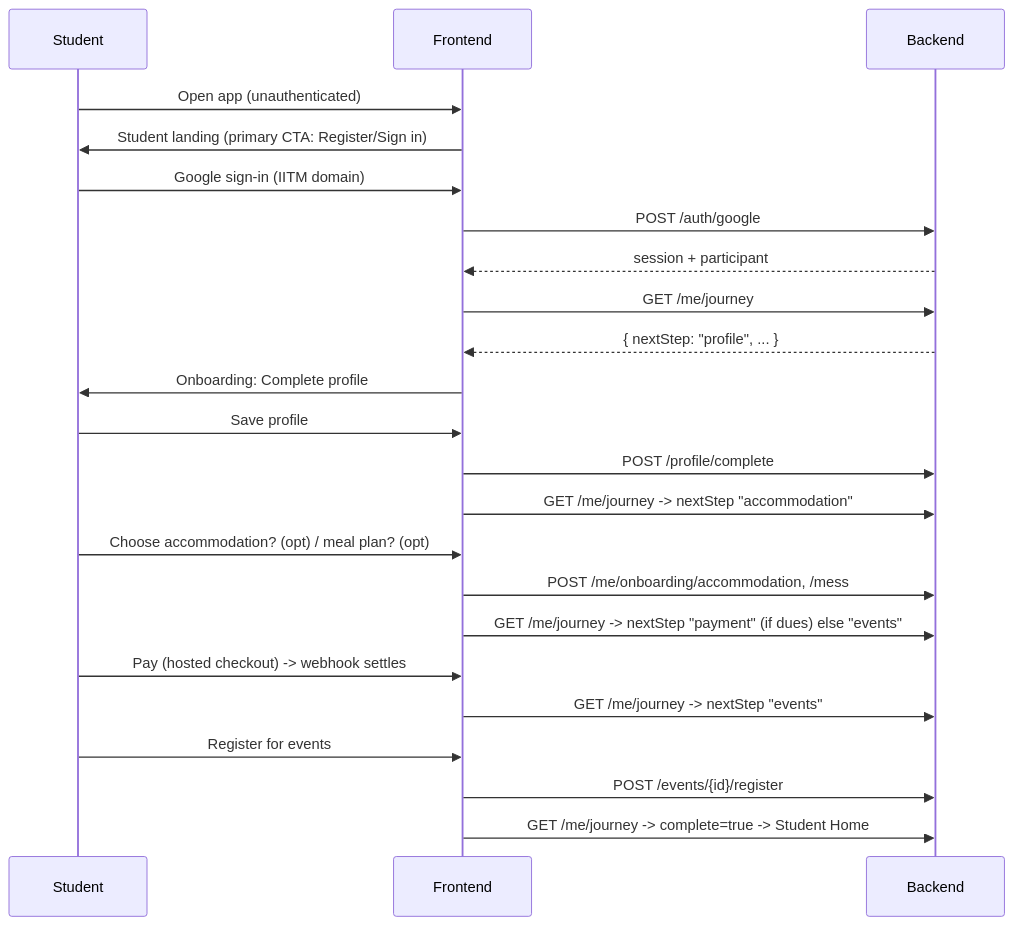
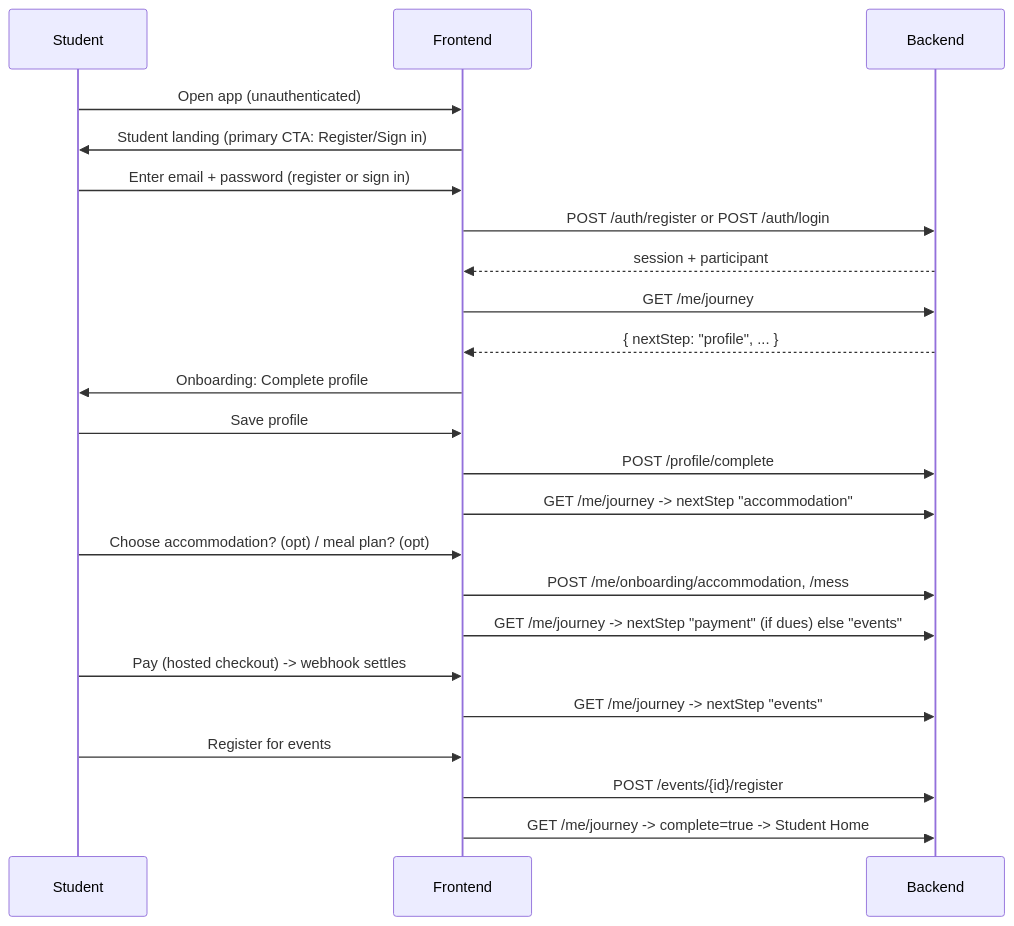
Before and after one commit to frostysparkle/MAY2026-Team-079: the first of 2 diagrams in .kiro/specs/student-experience-redesign/design.md, drawn with Mermaid. The commit also changed other lines of this file and 23 other files, not shown here.

````diff
--- a/.kiro/specs/student-experience-redesign/design.md
+++ b/.kiro/specs/student-experience-redesign/design.md
@@ -68,25 +68,25 @@
 ```mermaid
 sequenceDiagram
   participant S as Student
   participant FE as Frontend
   participant BE as Backend
   S->>FE: Open app (unauthenticated)
   FE->>S: Student landing (primary CTA: Register/Sign in)
-  S->>FE: Google sign-in (IITM domain)
-  FE->>BE: POST /auth/google
+  S->>FE: Enter email + password (register or sign in)
+  FE->>BE: POST /auth/register or POST /auth/login
   BE-->>FE: session + participant
   FE->>BE: GET /me/journey
   BE-->>FE: { nextStep: "profile", ... }
   FE->>S: Onboarding: Complete profile
   S->>FE: Save profile
   FE->>BE: POST /profile/complete
   FE->>BE: GET /me/journey -> nextStep "accommodation"
   S->>FE: Choose accommodation? (opt) / meal plan? (opt)
   FE->>BE: POST /me/onboarding/accommodation, /mess
   FE->>BE: GET /me/journey -> nextStep "payment" (if dues) else "events"
   S->>FE: Pay (hosted checkout) -> webhook settles
   FE->>BE: GET /me/journey -> nextStep "events"
   S->>FE: Register for events
   FE->>BE: POST /events/{id}/register
   FE->>BE: GET /me/journey -> complete=true -> Student Home
 ```
````
